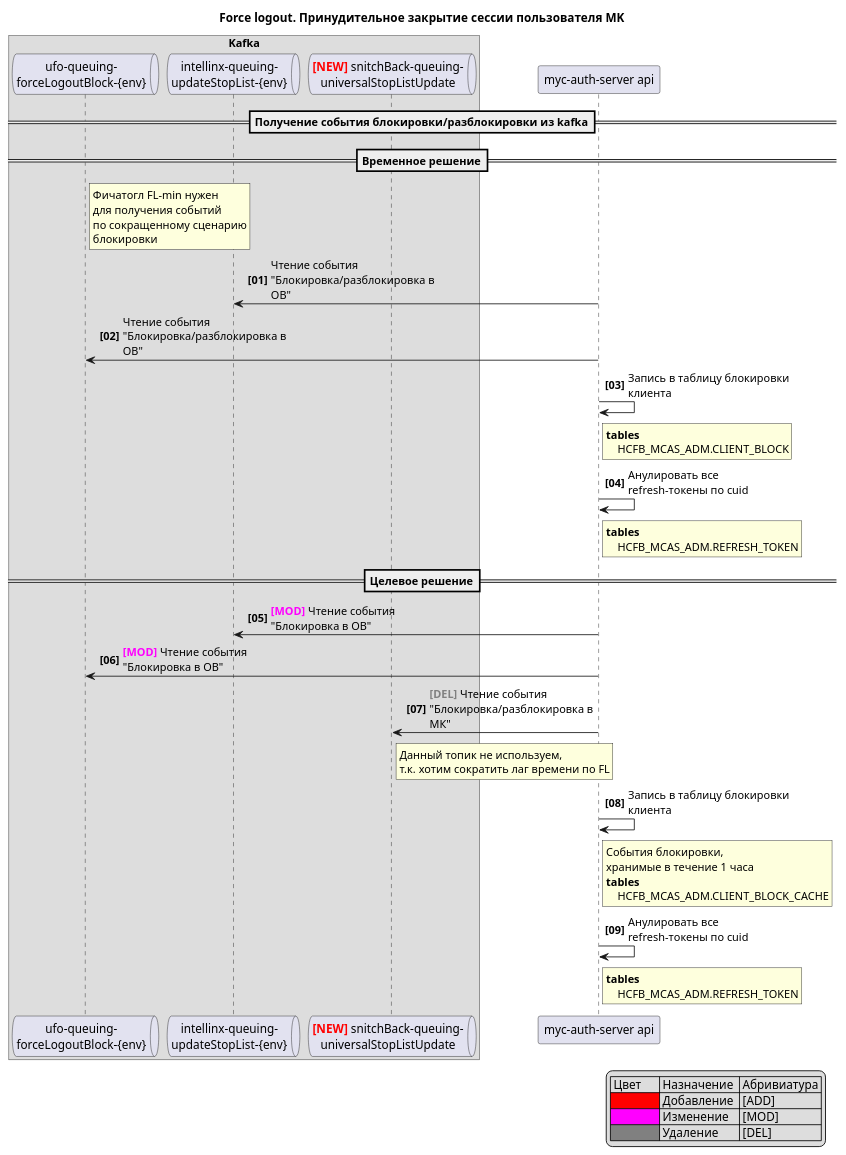
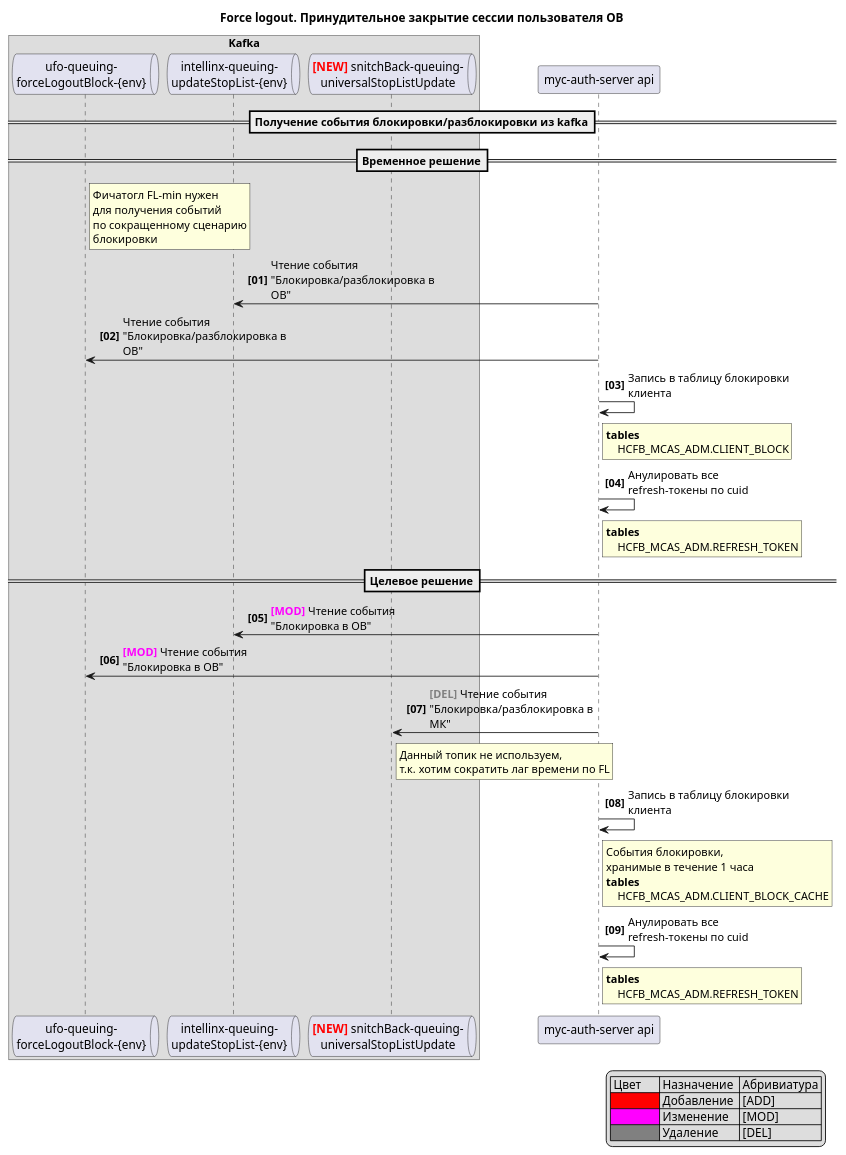
Before and after one commit to ParHandler/docopsrepo: the diagram in docs/OB-18572-FL/files/FL_04.puml, drawn with PlantUML. The commit also changed 3 other files, not shown here.

```diff
--- a/docs/OB-18572-FL/files/FL_04.puml
+++ b/docs/OB-18572-FL/files/FL_04.puml
@@ -2,81 +2,81 @@
 @startuml
 autonumber "<b>[00]"
 skinparam maxMessageSize 200
 skinparam ParticipantPadding 2
 hide unlinked
 participant "UFO" as UFO
 participant "SmartData" as SmartData
 participant "Intellinx (Antifraud System)" as Intellinx
 box "Kafka"
     queue "ufo-queuing-\nforceLogoutBlock-{env}" as          KafkaUFOBlock
     queue "ufo-queuing-\nforceLogoutUnblock" as        KafkaUFOUnblock
     queue "intellinx-queuing-\nupdateStopList-{env}" as      KafkaIntellinx
     queue "smartdata-events-\nforceLogout" as          KafkaSmartData
     queue "netflix-events-\nforceLogout" as            KafkaNetflix
     queue "snitchOff-queuing-\nblackListChecks" as     KafkaSnitchOff
     queue "<color:red>**[NEW]**</color> snitchBack-queuing-\nuniversalStopListUpdate" as KafkaSnitchBackUniversalStopListUpdate
 end box
 
 participant "MS Checker" as             Checker
 participant "Snitch Back" as            Snitch
 participant "Netflix Conductor" as      Netflix
 participant "SMS-Gate" as               smsgate
 actor "Bank Client" as                  client
 participant "Ocelot Api Gateway" as     ocelot
 participant "myc-auth-server api" as    api
 
-title Force logout. Принудительное закрытие сессии пользователя MK
+title Force logout. Принудительное закрытие сессии пользователя OB
 
 ==Получение события блокировки/разблокировки из kafka==
 ==Временное решение==
 
 rnote right KafkaUFOBlock
     Фичатогл FL-min нужен
     для получения событий
     по сокращенному сценарию
     блокировки
 end rnote
 api -> KafkaIntellinx: Чтение события "Блокировка/разблокировка в OB"
 api -> KafkaUFOBlock: Чтение события "Блокировка/разблокировка в OB"
 
 api -> api: Запись в таблицу блокировки клиента
 rnote right api
 **tables**
     HCFB_MCAS_ADM.CLIENT_BLOCK
 end note
 api -> api: Анулировать все refresh-токены по cuid
 rnote right api
 **tables**
     HCFB_MCAS_ADM.REFRESH_TOKEN
 end note   
 
 ==Целевое решение==
 api -> KafkaIntellinx: <color:magenta>**[MOD]**</color> Чтение события "Блокировка в OB"
 api -> KafkaUFOBlock: <color:magenta>**[MOD]**</color> Чтение события "Блокировка в OB"
 
 api -> KafkaSnitchBackUniversalStopListUpdate: <color:gray>**[DEL]**</color> Чтение события "Блокировка/разблокировка в МК"
 rnote right KafkaSnitchBackUniversalStopListUpdate
     Данный топик не используем,    
     т.к. хотим сократить лаг времени по FL
 end rnote
 api -> api: Запись в таблицу блокировки клиента
 rnote right api
 События блокировки, 
 хранимые в течение 1 часа
 **tables**
     HCFB_MCAS_ADM.CLIENT_BLOCK_CACHE
 end note
 api -> api: Анулировать все refresh-токены по cuid
 rnote right api
 **tables**
     HCFB_MCAS_ADM.REFRESH_TOKEN
 end note   
 
 
 legend right
     | Цвет      | Назначение  | Абривиатура |
     |<#Red>     | Добавление  | [ADD]       |
     |<#magenta> | Изменение   | [MOD]       |
     |<#gray>    | Удаление    | [DEL]       |
 endlegend
 @enduml
```
